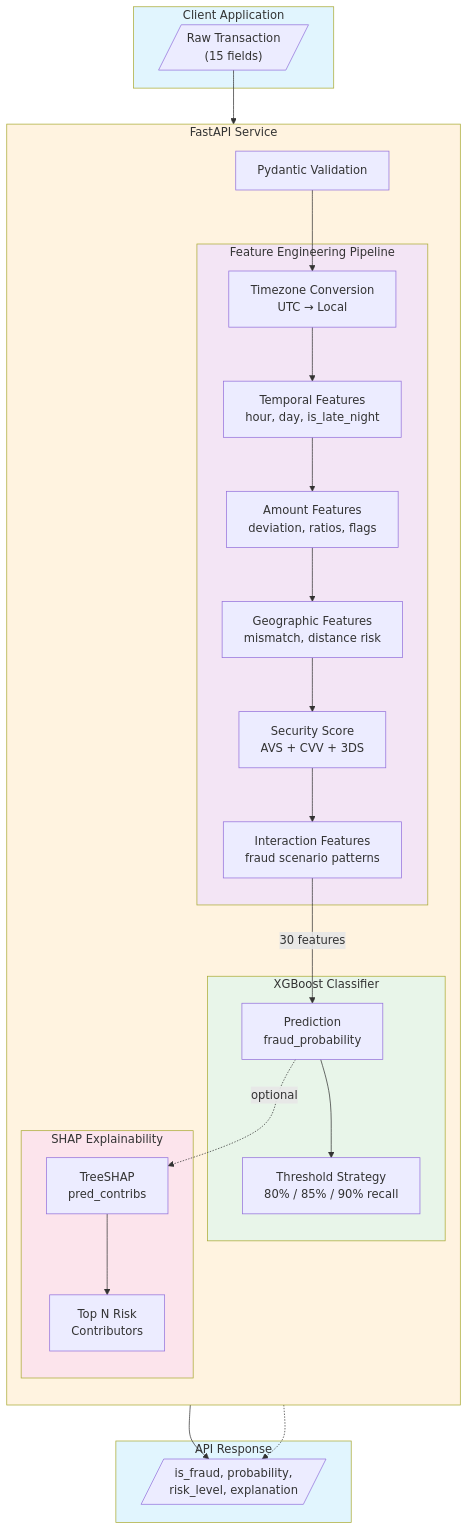
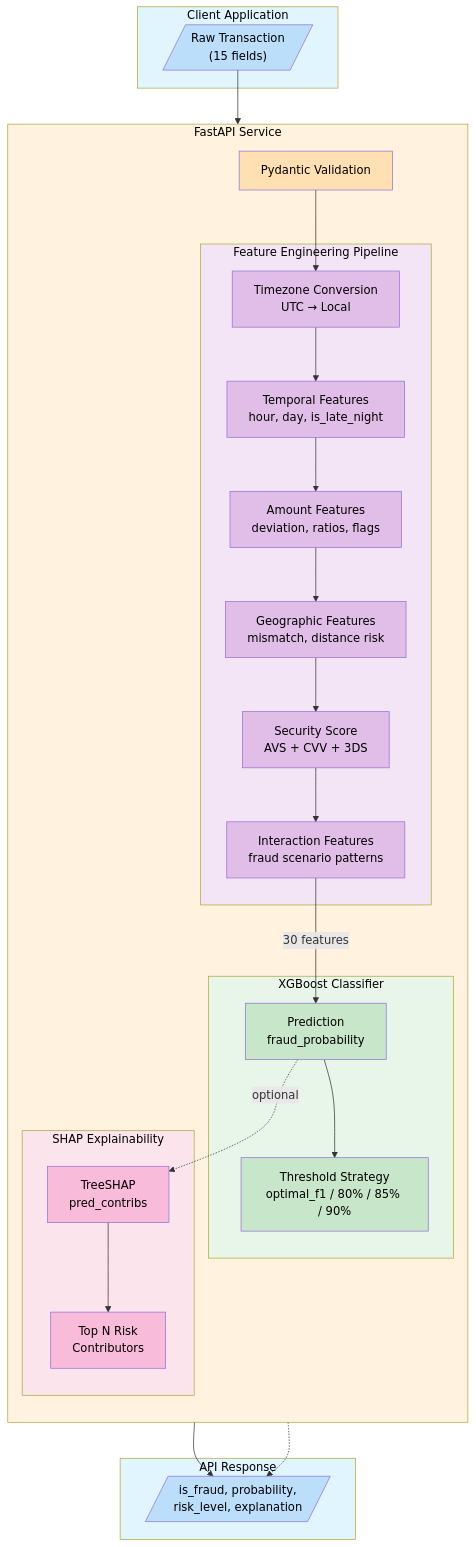
One commit to frederick-douglas-pearce/e-commerce-fraud-detection changed the diagram in README.md. Above: the diagram before and after it, drawn with Mermaid. The commit also changed other lines of this file, not shown here.

Commit message:
Fix Mermaid diagram readability and add optimal_f1 threshold
- Add color:#000 to all node styles for black text on colored backgrounds
- Add optimal_f1 to threshold strategy options (default threshold)
- Update key components summary to mention optimal_f1

🤖 Generated with [Claude Code](https://claude.com/claude-code)

````diff
--- a/README.md
+++ b/README.md
@@ -63,51 +63,64 @@
 ```mermaid
 flowchart TB
     subgraph Client["Client Application"]
         REQ[/"Raw Transaction<br/>(15 fields)"/]
     end
 
     subgraph API["FastAPI Service"]
         direction TB
         VAL[Pydantic Validation]
 
         subgraph Pipeline["Feature Engineering Pipeline"]
             TZ[Timezone Conversion<br/>UTC → Local]
             TEMP[Temporal Features<br/>hour, day, is_late_night]
             AMT[Amount Features<br/>deviation, ratios, flags]
             GEO[Geographic Features<br/>mismatch, distance risk]
             SEC[Security Score<br/>AVS + CVV + 3DS]
             INT[Interaction Features<br/>fraud scenario patterns]
         end
 
         subgraph Model["XGBoost Classifier"]
             PRED[Prediction<br/>fraud_probability]
-            THR[Threshold Strategy<br/>80% / 85% / 90% recall]
+            THR[Threshold Strategy<br/>optimal_f1 / 80% / 85% / 90%]
         end
 
         subgraph Explain["SHAP Explainability"]
             SHAP[TreeSHAP<br/>pred_contribs]
             TOP[Top N Risk<br/>Contributors]
         end
     end
 
     subgraph Response["API Response"]
         OUT[/"is_fraud, probability,<br/>risk_level, explanation"/]
     end
 
     REQ --> VAL
     VAL --> TZ
     TZ --> TEMP --> AMT --> GEO --> SEC --> INT
     INT --> |"30 features"| PRED
     PRED --> THR
     PRED -.-> |"optional"| SHAP
     SHAP --> TOP
     THR --> OUT
     TOP -.-> OUT
 
-    style Client fill:#e1f5fe
-    style API fill:#fff3e0
-    style Pipeline fill:#f3e5f5
-    style Model fill:#e8f5e9
-    style Explain fill:#fce4ec
-    style Response fill:#e1f5fe
+    style Client fill:#e1f5fe,color:#000
+    style API fill:#fff3e0,color:#000
+    style Pipeline fill:#f3e5f5,color:#000
+    style Model fill:#e8f5e9,color:#000
+    style Explain fill:#fce4ec,color:#000
+    style Response fill:#e1f5fe,color:#000
+    style REQ fill:#bbdefb,color:#000
+    style VAL fill:#ffe0b2,color:#000
+    style TZ fill:#e1bee7,color:#000
+    style TEMP fill:#e1bee7,color:#000
+    style AMT fill:#e1bee7,color:#000
+    style GEO fill:#e1bee7,color:#000
+    style SEC fill:#e1bee7,color:#000
+    style INT fill:#e1bee7,color:#000
+    style PRED fill:#c8e6c9,color:#000
+    style THR fill:#c8e6c9,color:#000
+    style SHAP fill:#f8bbd9,color:#000
+    style TOP fill:#f8bbd9,color:#000
+    style OUT fill:#bbdefb,color:#000
 ```
````
